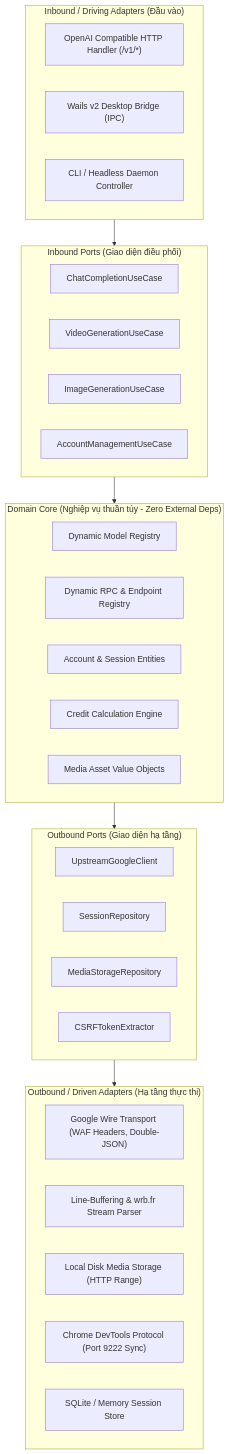
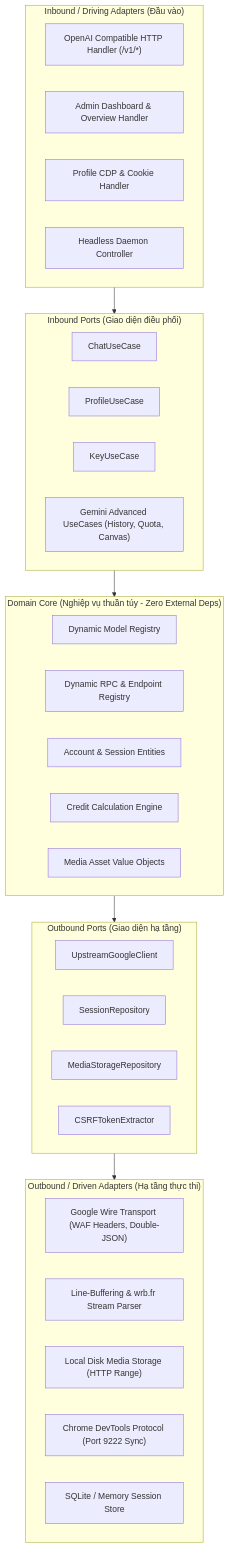
Before and after one commit to nhathao-nguyen/dezuxk-agent: the diagram in ARCHITECTURE.md, drawn with Mermaid. The commit also changed 38 other files, not shown here.

Commit message:
feat: support modern Chrome CDP Storage cookies, multi-profile onboarding and universal API key

````diff
--- a/ARCHITECTURE.md
+++ b/ARCHITECTURE.md
@@ -25,43 +25,44 @@
 ```mermaid
 flowchart TD
     subgraph DrivingAdapters ["Inbound / Driving Adapters (Đầu vào)"]
         HTTPHandler["OpenAI Compatible HTTP Handler (/v1/*)"]
-        WailsBinding["Wails v2 Desktop Bridge (IPC)"]
-        CLIDaemon["CLI / Headless Daemon Controller"]
+        AdminHandler["Admin Dashboard & Overview Handler"]
+        ProfileHandler["Profile CDP & Cookie Handler"]
+        CLIDaemon["Headless Daemon Controller"]
     end
 
     subgraph InboundPorts ["Inbound Ports (Giao diện điều phối)"]
-        ChatPort["ChatCompletionUseCase"]
-        VideoPort["VideoGenerationUseCase"]
-        ImagePort["ImageGenerationUseCase"]
-        AccountPort["AccountManagementUseCase"]
+        ChatPort["ChatUseCase"]
+        ProfilePort["ProfileUseCase"]
+        KeyPort["KeyUseCase"]
+        GeminiExtPort["Gemini Advanced UseCases (History, Quota, Canvas)"]
     end
 
     subgraph DomainCore ["Domain Core (Nghiệp vụ thuần túy - Zero External Deps)"]
         ModelRegistry["Dynamic Model Registry"]
         RPCRegistry["Dynamic RPC & Endpoint Registry"]
         SessionEntity["Account & Session Entities"]
         CreditRule["Credit Calculation Engine"]
         MediaEntity["Media Asset Value Objects"]
     end
 
     subgraph OutboundPorts ["Outbound Ports (Giao diện hạ tầng)"]
         UpstreamPort["UpstreamGoogleClient"]
         SessionStorePort["SessionRepository"]
         MediaStorePort["MediaStorageRepository"]
         TokenExtractorPort["CSRFTokenExtractor"]
     end
 
     subgraph DrivenAdapters ["Outbound / Driven Adapters (Hạ tầng thực thi)"]
         GoogleTransport["Google Wire Transport (WAF Headers, Double-JSON)"]
         StreamParser["Line-Buffering & wrb.fr Stream Parser"]
         LocalFileStorage["Local Disk Media Storage (HTTP Range)"]
         ChromeCDP["Chrome DevTools Protocol (Port 9222 Sync)"]
         SQLiteRepo["SQLite / Memory Session Store"]
     end
 
     DrivingAdapters --> InboundPorts
     InboundPorts --> DomainCore
     DomainCore --> OutboundPorts
     OutboundPorts --> DrivenAdapters
 ```
````
